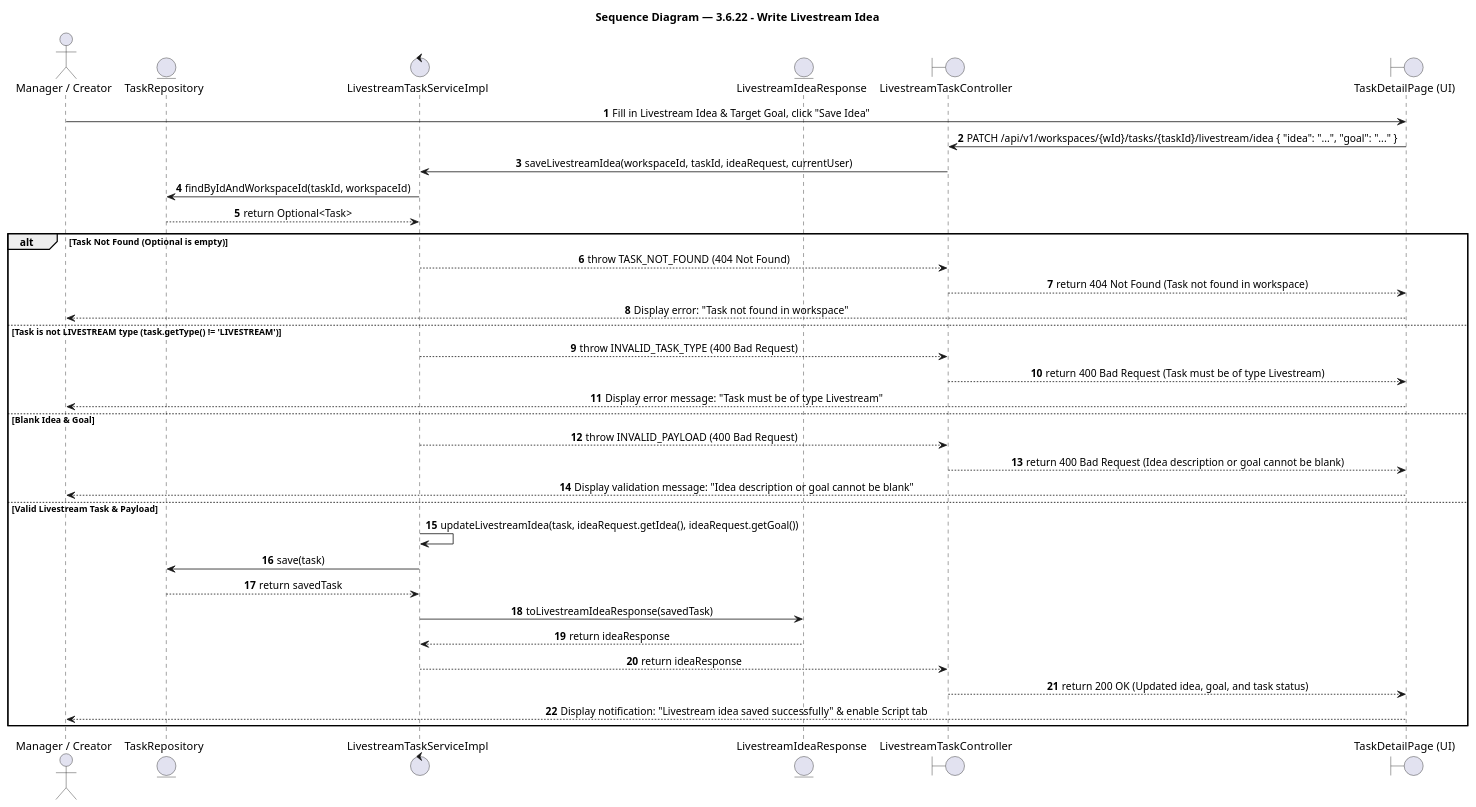
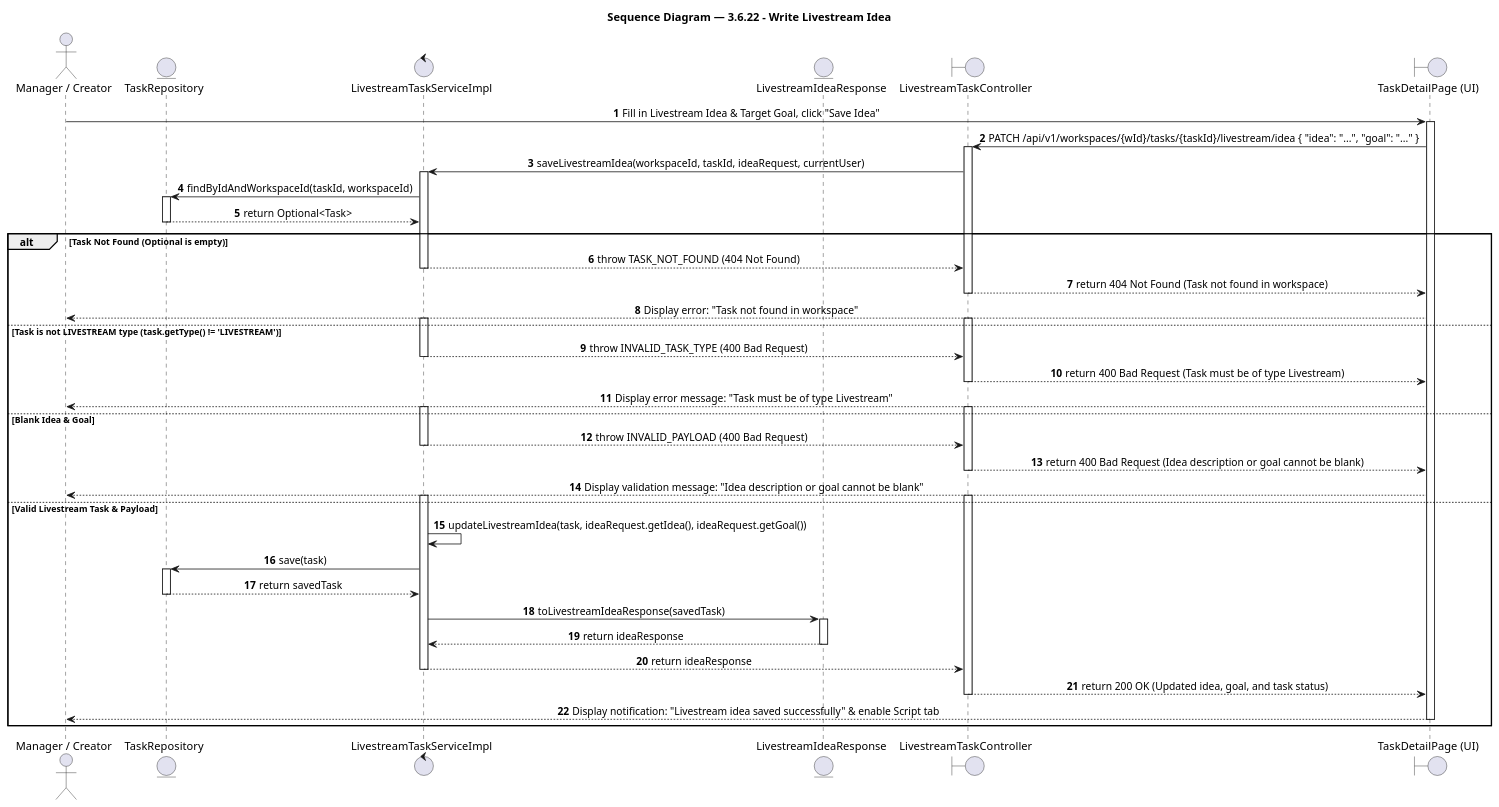
Before and after one commit to BrandHubOrganization/brandhub-infrastructure: the diagram in docs/feature/content-task-workflow/3-6-22-write-livestream-idea/report4_sequence.puml, drawn with PlantUML. The commit also changed 149 other files, not shown here.

Commit message:
docs(sequence): fix activation bars across all sequence diagrams according to UML 2.5 rules

```diff
--- a/docs/feature/content-task-workflow/3-6-22-write-livestream-idea/report4_sequence.puml
+++ b/docs/feature/content-task-workflow/3-6-22-write-livestream-idea/report4_sequence.puml
@@ -1,48 +1,72 @@
 @startuml 3.6.22 - Write Livestream Idea
 title Sequence Diagram — 3.6.22 - Write Livestream Idea
 
 autonumber
 skinparam shadowing false
 skinparam sequenceMessageAlign center
 skinparam BoxPadding 10
 skinparam ParticipantPadding 10
 
 ' === Participants ===
 actor "Manager / Creator" as managercreator
 entity "TaskRepository" as taskrepository
 control "LivestreamTaskServiceImpl" as livestreamtaskservic
 entity "LivestreamIdeaResponse" as livestreamidearespon
 boundary "LivestreamTaskController" as livestreamtaskcontro
 boundary "TaskDetailPage (UI)" as taskdetailpageui
 
 ' === Flow ===
 managercreator -> taskdetailpageui: Fill in Livestream Idea & Target Goal, click "Save Idea"
+activate taskdetailpageui
 taskdetailpageui -> livestreamtaskcontro: PATCH /api/v1/workspaces/{wId}/tasks/{taskId}/livestream/idea { "idea": "...", "goal": "..." }
+activate livestreamtaskcontro
 livestreamtaskcontro -> livestreamtaskservic: saveLivestreamIdea(workspaceId, taskId, ideaRequest, currentUser)
+activate livestreamtaskservic
 livestreamtaskservic -> taskrepository: findByIdAndWorkspaceId(taskId, workspaceId)
+activate taskrepository
 taskrepository --> livestreamtaskservic: return Optional<Task>
+deactivate taskrepository
 
 alt Task Not Found (Optional is empty)
   livestreamtaskservic --> livestreamtaskcontro: throw TASK_NOT_FOUND (404 Not Found)
+  deactivate livestreamtaskservic
   livestreamtaskcontro --> taskdetailpageui: return 404 Not Found (Task not found in workspace)
+  deactivate livestreamtaskcontro
   taskdetailpageui --> managercreator: Display error: "Task not found in workspace"
 else Task is not LIVESTREAM type (task.getType() != 'LIVESTREAM')
+  activate livestreamtaskcontro
+  activate livestreamtaskservic
   livestreamtaskservic --> livestreamtaskcontro: throw INVALID_TASK_TYPE (400 Bad Request)
+  deactivate livestreamtaskservic
   livestreamtaskcontro --> taskdetailpageui: return 400 Bad Request (Task must be of type Livestream)
+  deactivate livestreamtaskcontro
   taskdetailpageui --> managercreator: Display error message: "Task must be of type Livestream"
 else Blank Idea & Goal
+  activate livestreamtaskcontro
+  activate livestreamtaskservic
   livestreamtaskservic --> livestreamtaskcontro: throw INVALID_PAYLOAD (400 Bad Request)
+  deactivate livestreamtaskservic
   livestreamtaskcontro --> taskdetailpageui: return 400 Bad Request (Idea description or goal cannot be blank)
+  deactivate livestreamtaskcontro
   taskdetailpageui --> managercreator: Display validation message: "Idea description or goal cannot be blank"
 else Valid Livestream Task & Payload
+  activate livestreamtaskcontro
+  activate livestreamtaskservic
   livestreamtaskservic -> livestreamtaskservic: updateLivestreamIdea(task, ideaRequest.getIdea(), ideaRequest.getGoal())
   livestreamtaskservic -> taskrepository: save(task)
+  activate taskrepository
   taskrepository --> livestreamtaskservic: return savedTask
+  deactivate taskrepository
   livestreamtaskservic -> livestreamidearespon: toLivestreamIdeaResponse(savedTask)
+  activate livestreamidearespon
   livestreamidearespon --> livestreamtaskservic: return ideaResponse
+  deactivate livestreamidearespon
   livestreamtaskservic --> livestreamtaskcontro: return ideaResponse
+  deactivate livestreamtaskservic
   livestreamtaskcontro --> taskdetailpageui: return 200 OK (Updated idea, goal, and task status)
+  deactivate livestreamtaskcontro
   taskdetailpageui --> managercreator: Display notification: "Livestream idea saved successfully" & enable Script tab
+  deactivate taskdetailpageui
 end
 
 @enduml
```
